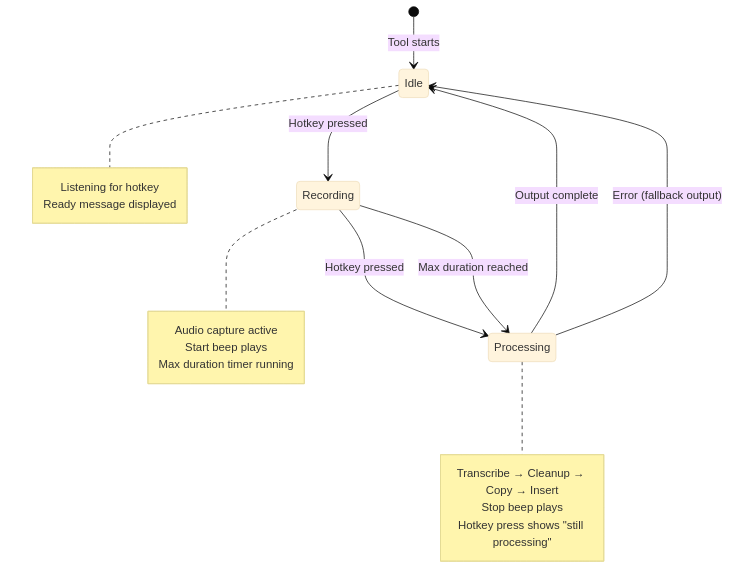
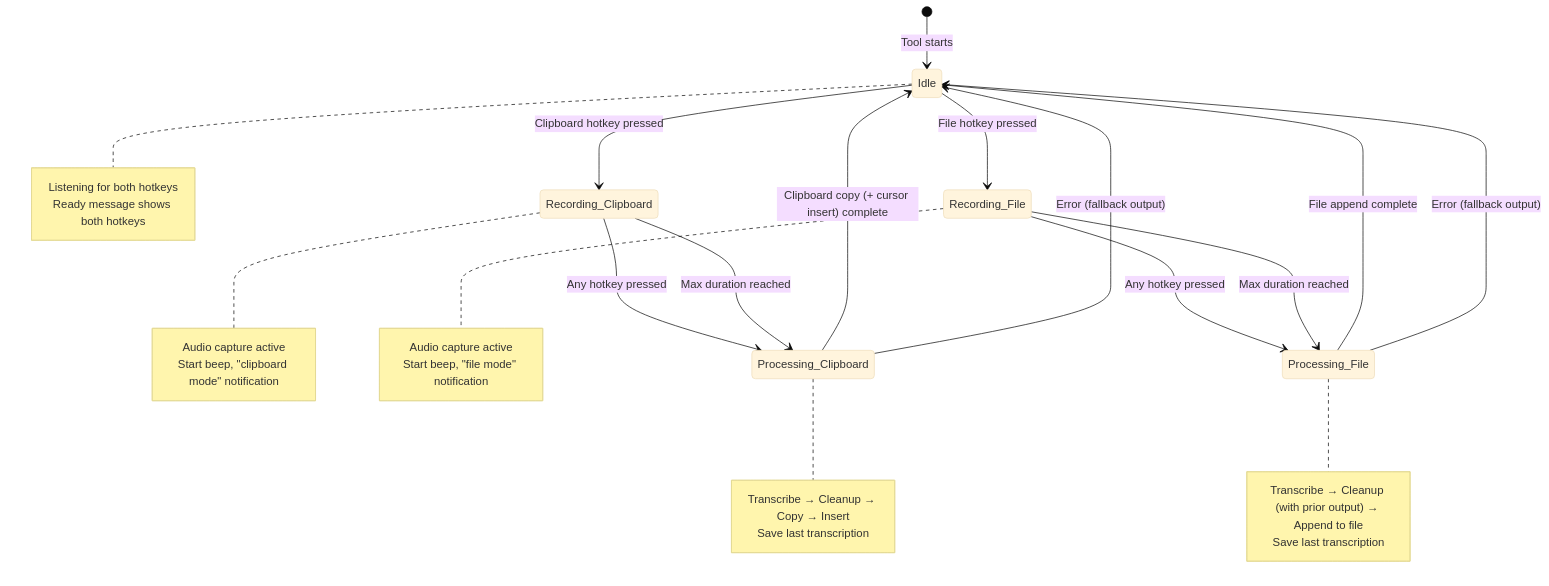
Before and after one commit to amhuppert/my-ai-resources: the diagram in voice-to-text/PRODUCT_REQUIREMENTS.md, drawn with Mermaid (base theme). The commit also changed other lines of this file and 1 other file, not shown here.

````diff
--- a/voice-to-text/PRODUCT_REQUIREMENTS.md
+++ b/voice-to-text/PRODUCT_REQUIREMENTS.md
@@ -120,26 +138,39 @@
 ```mermaid
 stateDiagram-v2
     [*] --> Idle: Tool starts
-    Idle --> Recording: Hotkey pressed
-    Recording --> Processing: Hotkey pressed
-    Recording --> Processing: Max duration reached
-    Processing --> Idle: Output complete
-    Processing --> Idle: Error (fallback output)
+    Idle --> Recording_Clipboard: Clipboard hotkey pressed
+    Idle --> Recording_File: File hotkey pressed
+    Recording_Clipboard --> Processing_Clipboard: Any hotkey pressed
+    Recording_Clipboard --> Processing_Clipboard: Max duration reached
+    Recording_File --> Processing_File: Any hotkey pressed
+    Recording_File --> Processing_File: Max duration reached
+    Processing_Clipboard --> Idle: Clipboard copy (+ cursor insert) complete
+    Processing_File --> Idle: File append complete
+    Processing_Clipboard --> Idle: Error (fallback output)
+    Processing_File --> Idle: Error (fallback output)
 
     note right of Idle
-        Listening for hotkey
-        Ready message displayed
+        Listening for both hotkeys
+        Ready message shows both hotkeys
     end note
 
-    note right of Recording
+    note right of Recording_Clipboard
         Audio capture active
-        Start beep plays
-        Max duration timer running
+        Start beep, "clipboard mode" notification
     end note
 
-    note right of Processing
+    note right of Recording_File
+        Audio capture active
+        Start beep, "file mode" notification
+    end note
+
+    note right of Processing_Clipboard
         Transcribe → Cleanup → Copy → Insert
-        Stop beep plays
-        Hotkey press shows "still processing"
+        Save last transcription
+    end note
+
+    note right of Processing_File
+        Transcribe → Cleanup (with prior output) → Append to file
+        Save last transcription
     end note
 ```
````
